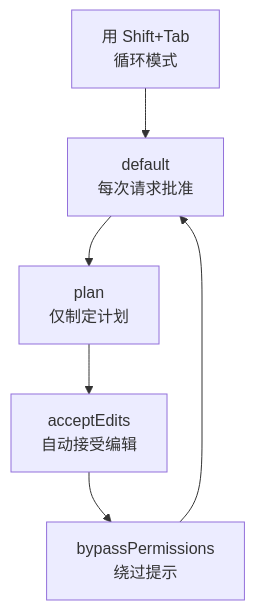
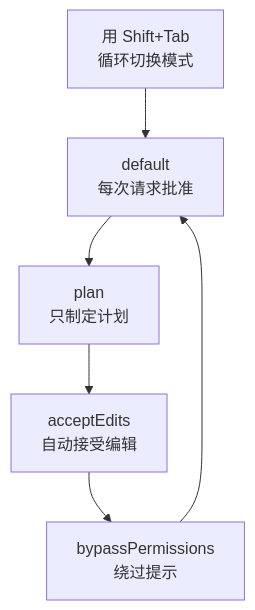
Before and after one commit to modu-ai/moai-adk: the diagram in docs-site/content/zh/claude-code/foundations/interactive-mode.md, drawn with Mermaid. The commit also changed other lines of this file and 395 other files, not shown here.

````diff
--- a/docs-site/content/zh/claude-code/foundations/interactive-mode.md
+++ b/docs-site/content/zh/claude-code/foundations/interactive-mode.md
@@ -115,8 +119,8 @@
 ```mermaid
 flowchart TD
-    A[用 Shift+Tab<br>循环模式] --> B[default<br>每次请求批准]
-    B --> C[plan<br>仅制定计划]
+    A[用 Shift+Tab<br>循环切换模式] --> B[default<br>每次请求批准]
+    B --> C[plan<br>只制定计划]
     C --> D[acceptEdits<br>自动接受编辑]
     D --> E[bypassPermissions<br>绕过提示]
     E --> B
 ```
````
